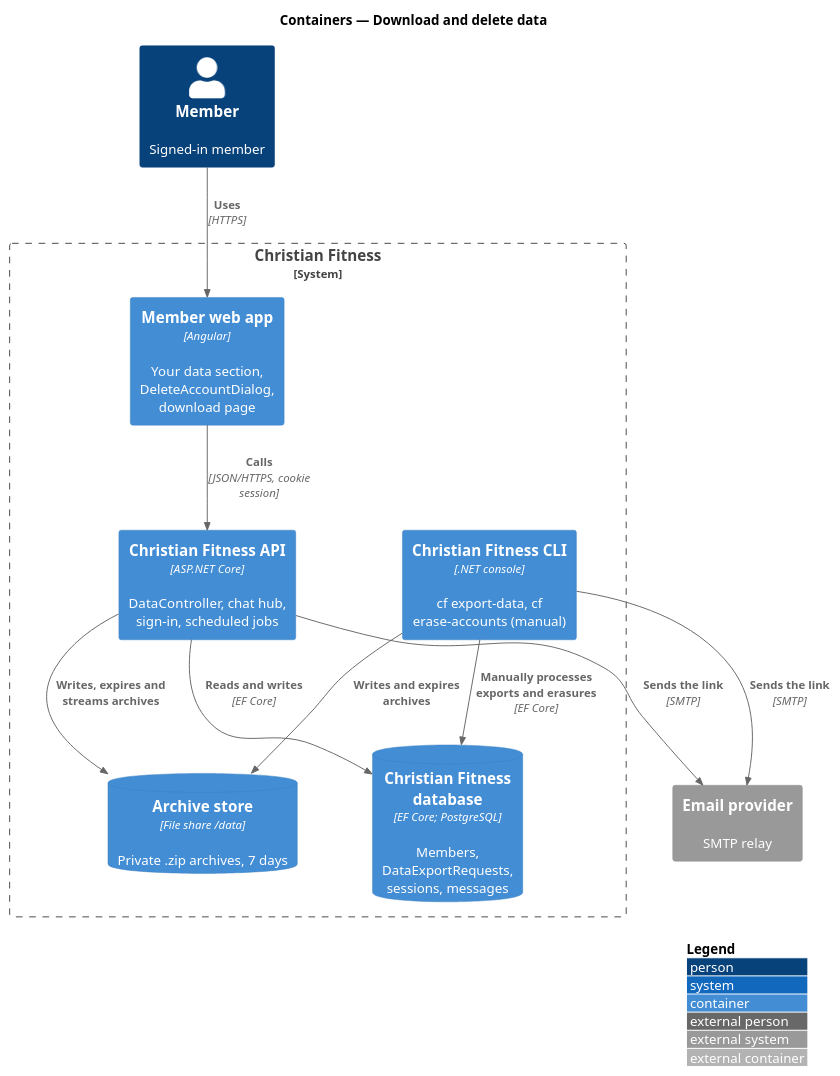
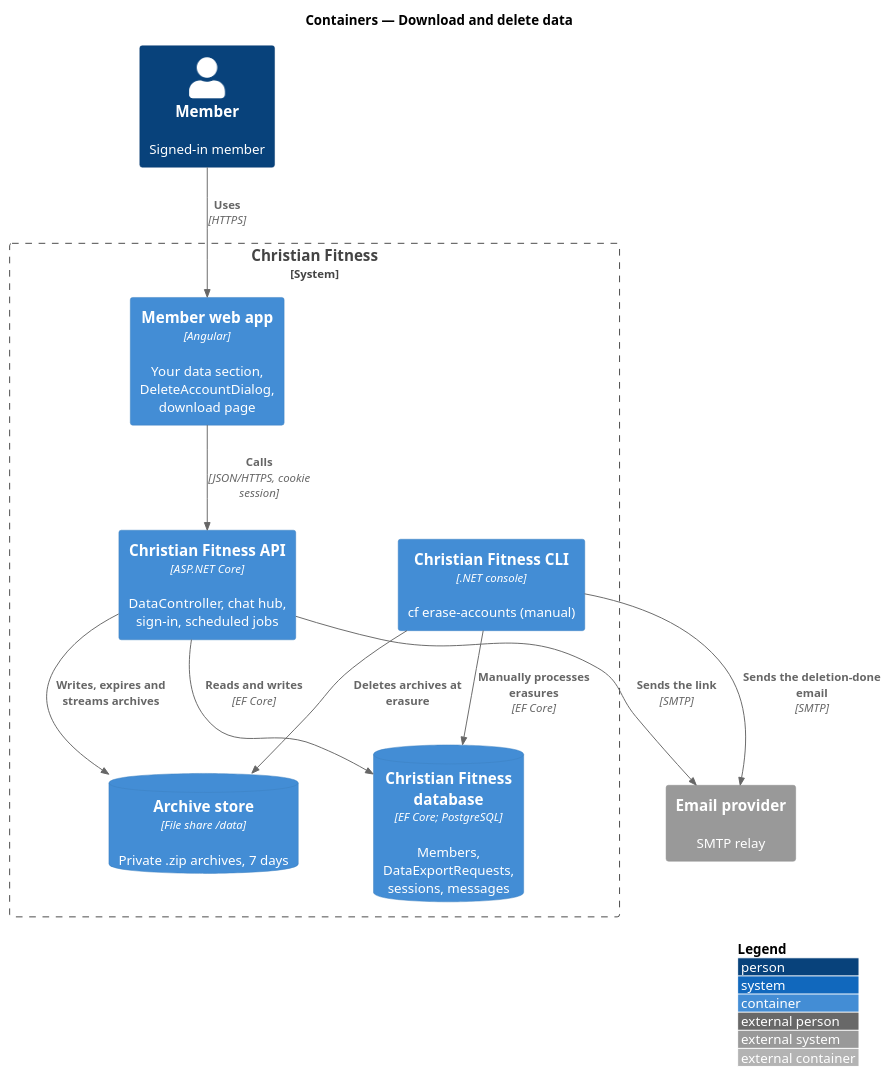
The diagram in docs/detailed-designs/preferences/download-and-delete-data/diagrams/c4-container.puml (QuinntyneBrown/christian-fitness), drawn with PlantUML before and after one commit. The commit also changed 69 other files, not shown here.

```diff
--- a/docs/detailed-designs/preferences/download-and-delete-data/diagrams/c4-container.puml
+++ b/docs/detailed-designs/preferences/download-and-delete-data/diagrams/c4-container.puml
@@ -1,23 +1,23 @@
 @startuml
 !include <C4/C4_Container>
 LAYOUT_WITH_LEGEND()
 title Containers — Download and delete data
 
 Person(member, "Member", "Signed-in member")
 System_Boundary(cf, "Christian Fitness") {
   Container(web, "Member web app", "Angular", "Your data section, DeleteAccountDialog, download page")
   Container(api, "Christian Fitness API", "ASP.NET Core", "DataController, chat hub, sign-in, scheduled jobs")
-  Container(cli, "Christian Fitness CLI", ".NET console", "cf export-data, cf erase-accounts (manual)")
+  Container(cli, "Christian Fitness CLI", ".NET console", "cf erase-accounts (manual)")
   ContainerDb(db, "Christian Fitness database", "EF Core; PostgreSQL", "Members, DataExportRequests, sessions, messages")
   ContainerDb(files, "Archive store", "File share /data", "Private .zip archives, 7 days")
 }
 System_Ext(mail, "Email provider", "SMTP relay")
 Rel(member, web, "Uses", "HTTPS")
 Rel(web, api, "Calls", "JSON/HTTPS, cookie session")
 Rel(api, db, "Reads and writes", "EF Core")
 Rel(api, files, "Writes, expires and streams archives")
 Rel(api, mail, "Sends the link", "SMTP")
-Rel(cli, db, "Manually processes exports and erasures", "EF Core")
-Rel(cli, files, "Writes and expires archives")
-Rel(cli, mail, "Sends the link", "SMTP")
+Rel(cli, db, "Manually processes erasures", "EF Core")
+Rel(cli, files, "Deletes archives at erasure")
+Rel(cli, mail, "Sends the deletion-done email", "SMTP")
 @enduml
```
